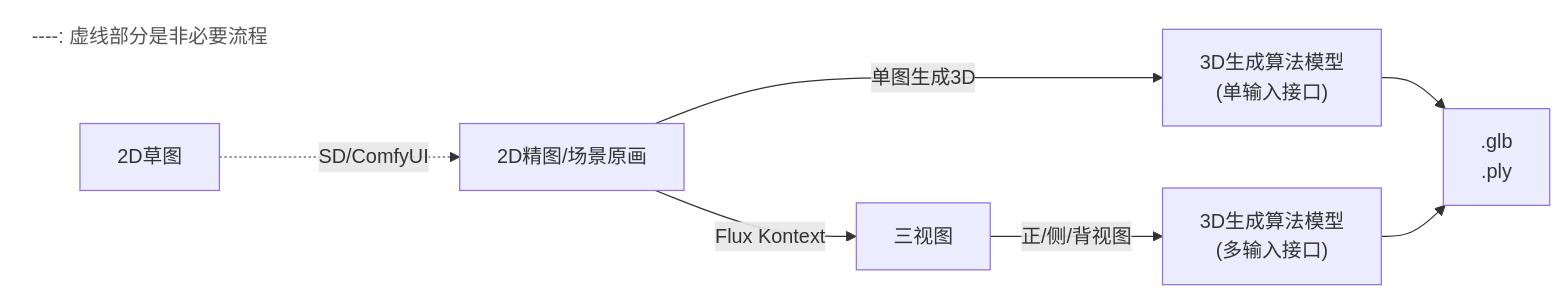
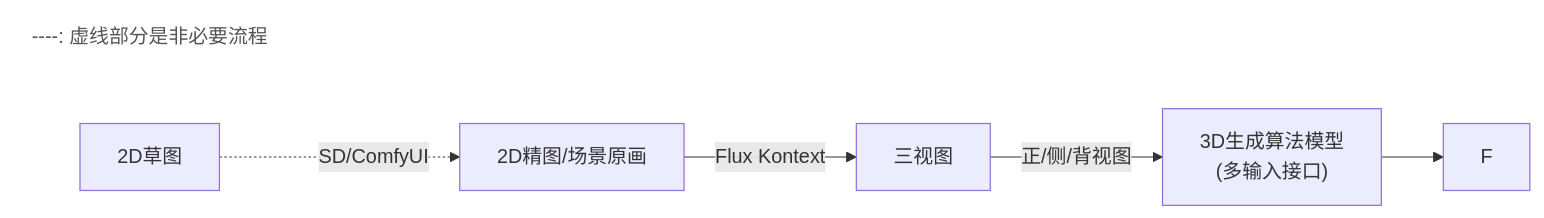
The diagram in all/未命名-7.md (zade23/iodraw-files), drawn with Mermaid before and after one commit.

Commit message:
2025-07-18 10:28:59 update

````diff
--- a/all/未命名-7.md
+++ b/all/未命名-7.md
@@ -1,19 +1,18 @@
 ```mermaid
 graph LR
     subgraph Legend ["----: 虚线部分是非必要流程"]
         direction LR
     end
 
     A[2D草图] -.->|SD/ComfyUI| B[2D精图/场景原画]
     
-    B -->|单图生成3D| D["3D生成算法模型<br/>(单输入接口)"]
-    D --> F[".glb<br/>.ply"]
+
     
     B -->|Flux Kontext| C[三视图]
     
     C -->|正/侧/背视图| E["3D生成算法模型<br/>(多输入接口)"]
 
     E --> F
 
     style Legend fill:#fff,stroke:#fff,stroke-width:0px,color:#555
 ```
````
